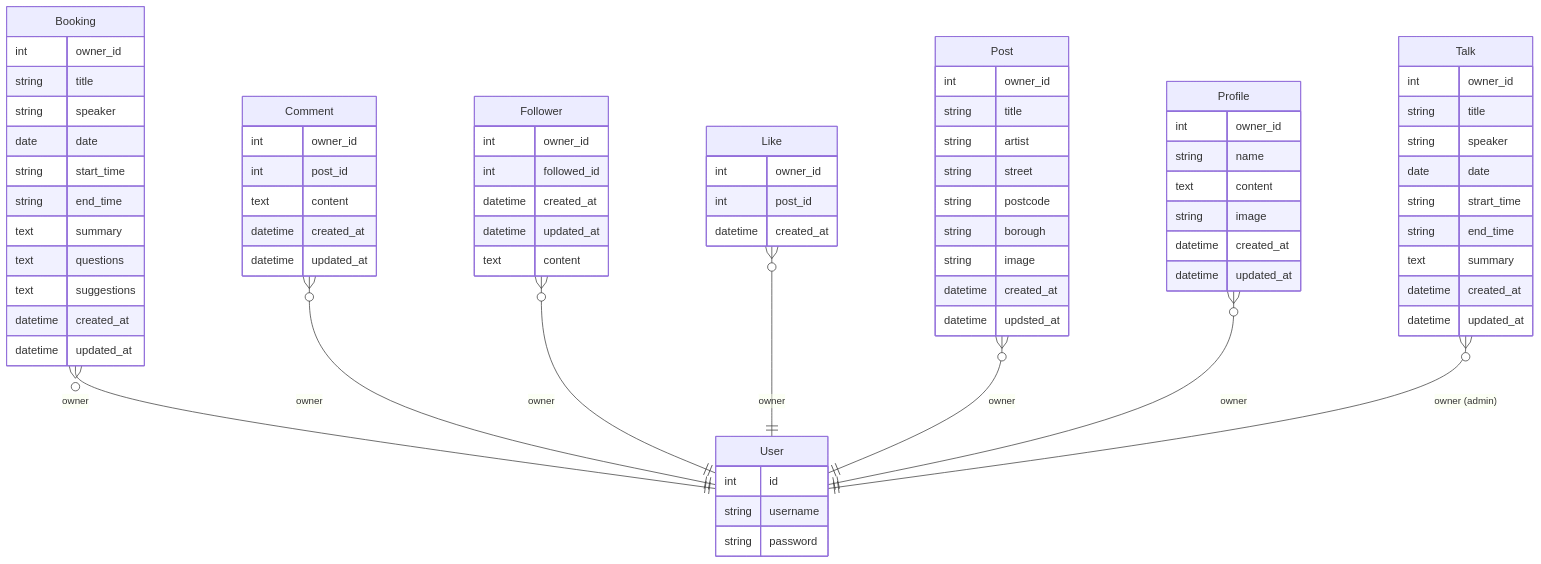
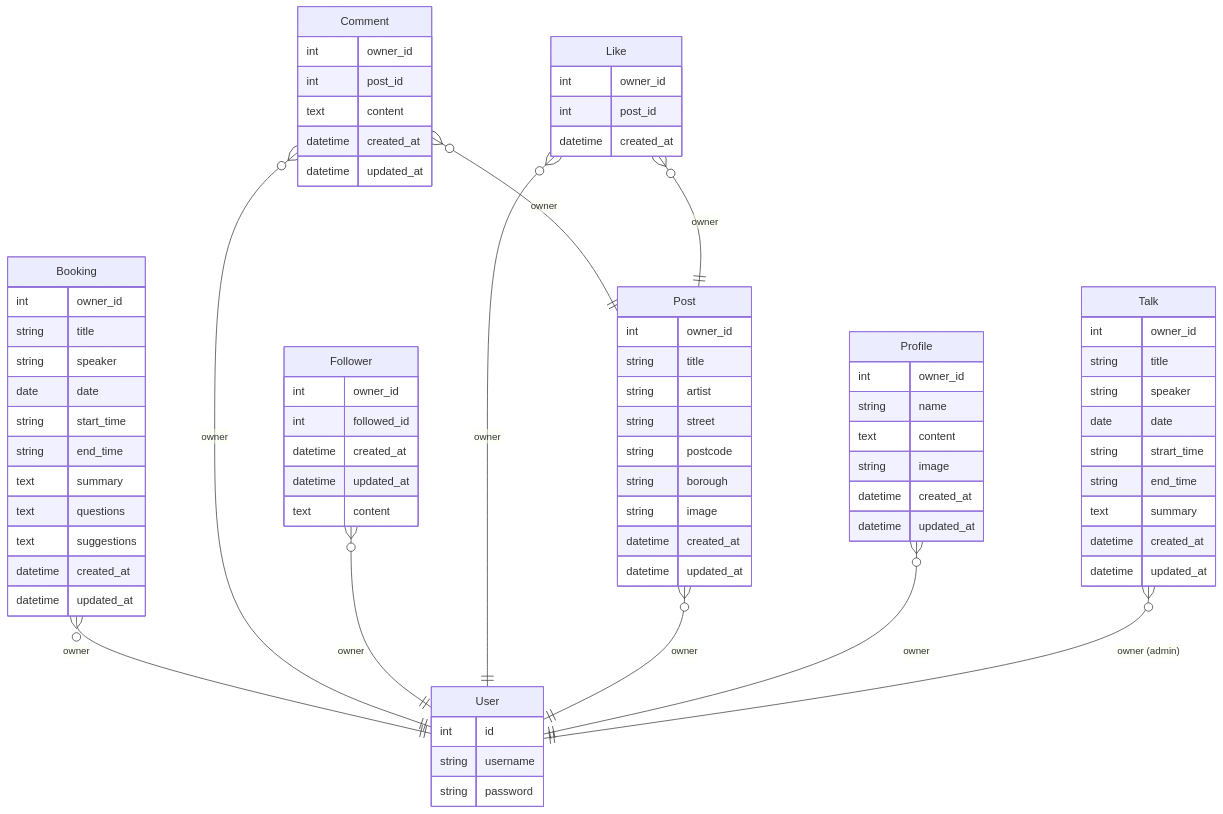
The diagram in README.md (Adam-Alive/sculpture-drf-api), drawn with Mermaid before and after one commit.

Commit message:
Amend ERDs in README

````diff
--- a/README.md
+++ b/README.md
@@ -59,77 +59,79 @@
 ```mermaid
 erDiagram
     User {
         int id
         string username
         string password        
     }
     Booking {
         int owner_id
         string title
         string speaker
         date date
         string start_time
         string end_time
         text summary
         text questions
         text suggestions
         datetime created_at
         datetime updated_at
     }
     Booking }o--|| User : "owner"
     Comment {
         int owner_id
         int post_id
         text content
         datetime created_at
         datetime updated_at
     }
     Comment }o--|| User : "owner"
+    Comment }o--|| Post : "owner"
     Follower {
         int owner_id
         int followed_id
         datetime created_at
         datetime updated_at
         text content     
     }
     Follower }o--|| User : "owner"
     Like {
         int owner_id
         int post_id
         datetime created_at
     }
     Like }o--|| User : "owner"
+    Like }o--|| Post : "owner"
     Post {
         int owner_id
         string title
         string artist
         string street
         string postcode
         string borough
         string image
         datetime created_at
-        datetime updsted_at
+        datetime updated_at
     }
     Post }o--|| User : "owner"
     Profile {
         int owner_id
         string name
         text content
         string image
         datetime created_at
         datetime updated_at    
     }
     Profile }o--|| User : "owner"
     Talk {
         int owner_id
         string title
         string speaker
         date date
         string strart_time
         string end_time
         text summary
         datetime created_at
         datetime updated_at    
     }
      Talk }o--|| User : "owner (admin)"  
 ```
````
